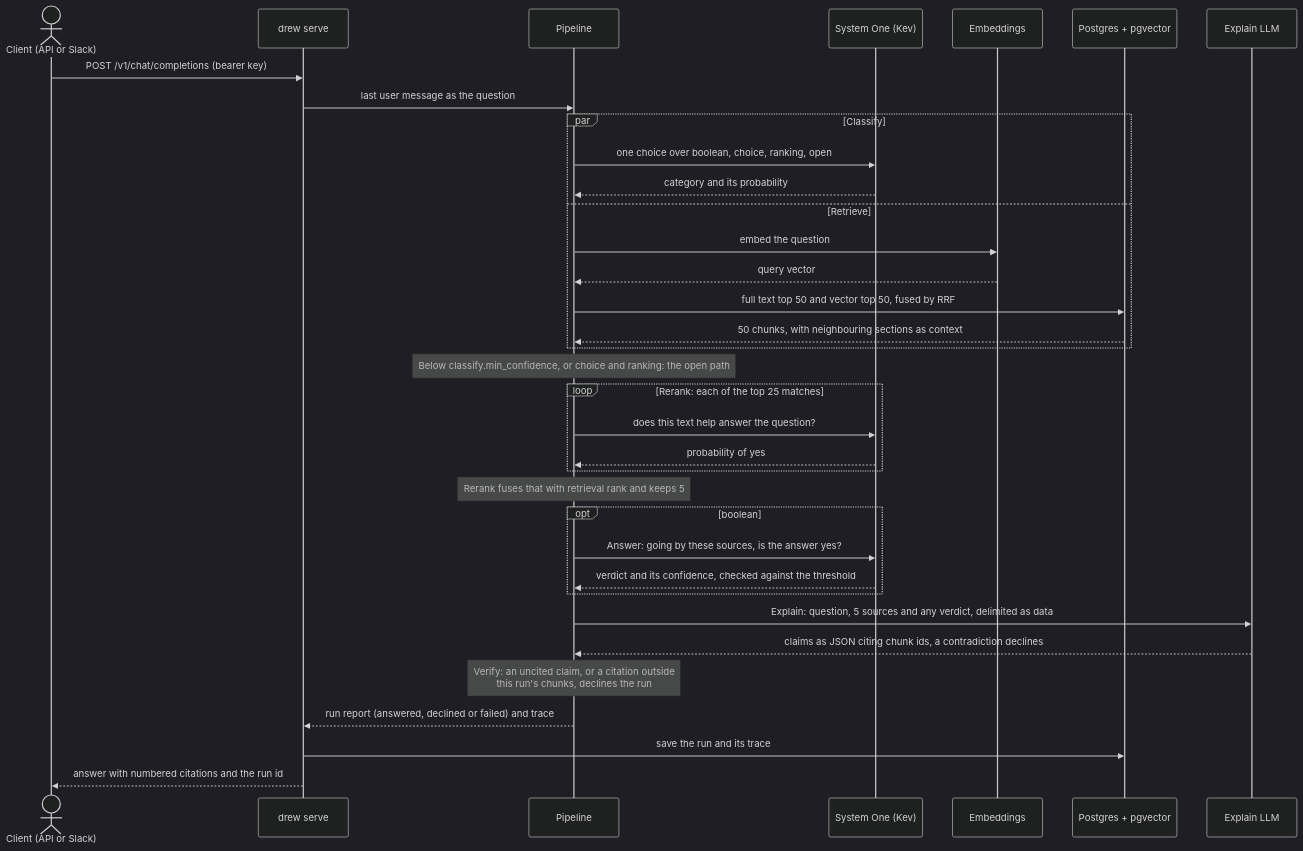
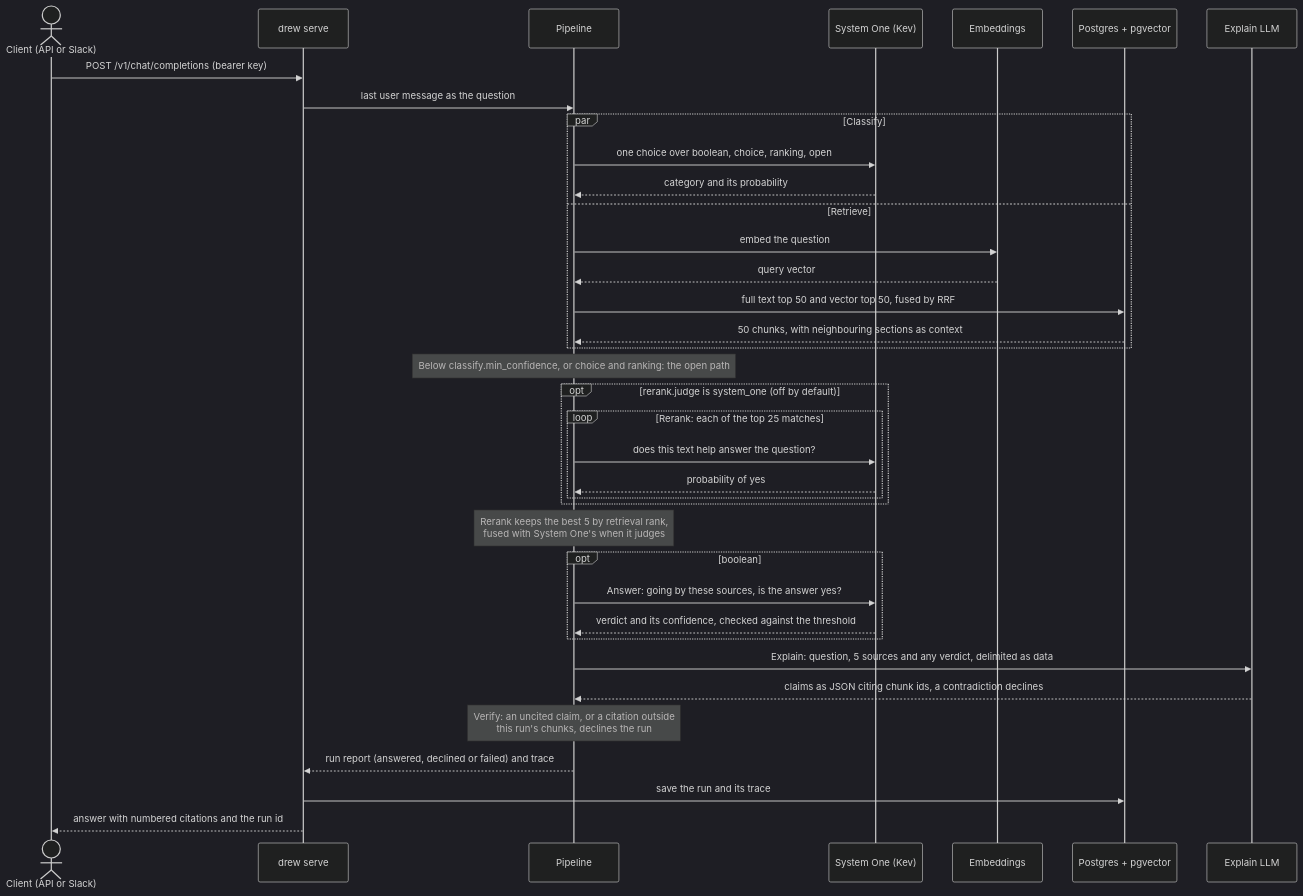
The diagram in README.md (jose-salcedo-sp/drew-ai), drawn with Mermaid (dark theme) before and after one commit. The commit also changed other lines of this file and 8 other files, not shown here.

First line of the commit message:
Rerank: make the judge a config choice (rerank.judge none | {system_one: {candidates}}), default none

````diff
--- a/README.md
+++ b/README.md
@@ -32,38 +32,40 @@
 ```mermaid
 sequenceDiagram
     actor C as Client (API or Slack)
     participant S as drew serve
     participant P as Pipeline
     participant K as System One (Kev)
     participant E as Embeddings
     participant DB as Postgres + pgvector
     participant L as Explain LLM
 
     C->>S: POST /v1/chat/completions (bearer key)
     S->>P: last user message as the question
     par Classify
         P->>K: one choice over boolean, choice, ranking, open
         K-->>P: category and its probability
     and Retrieve
         P->>E: embed the question
         E-->>P: query vector
         P->>DB: full text top 50 and vector top 50, fused by RRF
         DB-->>P: 50 chunks, with neighbouring sections as context
     end
     Note over P: Below classify.min_confidence, or choice and ranking: the open path
-    loop Rerank: each of the top 25 matches
-        P->>K: does this text help answer the question?
-        K-->>P: probability of yes
+    opt rerank.judge is system_one (off by default)
+        loop Rerank: each of the top 25 matches
+            P->>K: does this text help answer the question?
+            K-->>P: probability of yes
+        end
     end
-    Note over P: Rerank fuses that with retrieval rank and keeps 5
+    Note over P: Rerank keeps the best 5 by retrieval rank,<br/>fused with System One's when it judges
     opt boolean
         P->>K: Answer: going by these sources, is the answer yes?
         K-->>P: verdict and its confidence, checked against the threshold
     end
     P->>L: Explain: question, 5 sources and any verdict, delimited as data
     L-->>P: claims as JSON citing chunk ids, a contradiction declines
     Note over P: Verify: an uncited claim, or a citation outside<br/>this run's chunks, declines the run
     P-->>S: run report (answered, declined or failed) and trace
     S->>DB: save the run and its trace
     S-->>C: answer with numbered citations and the run id
 ```
````
